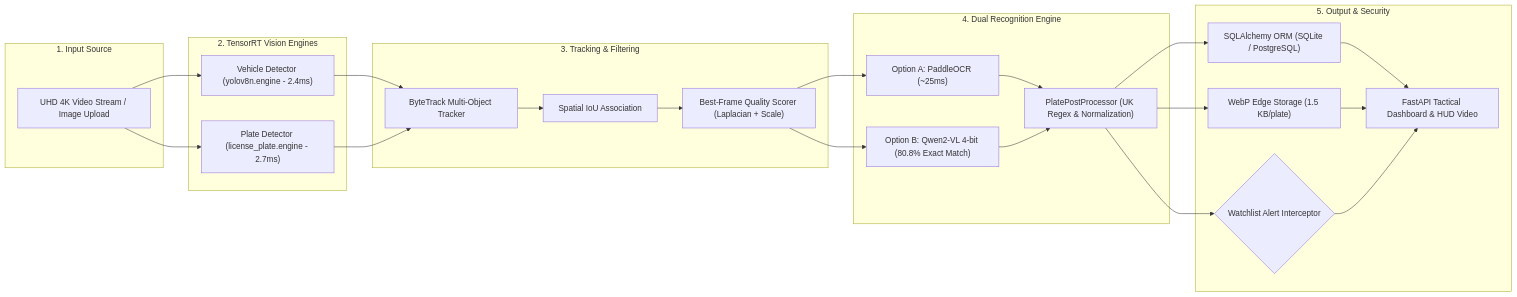
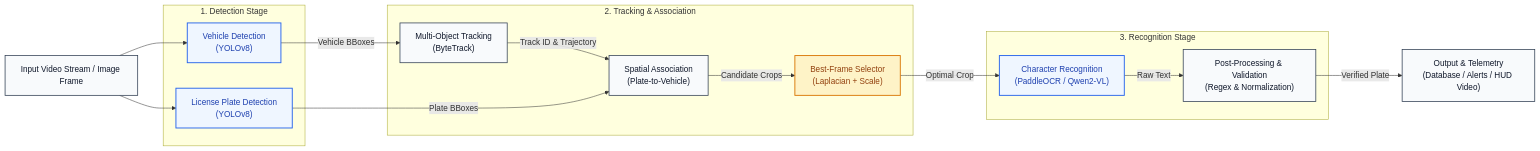
The diagram in README.md (BaoNguyenz/Automatic-number-plate-recognition), drawn with Mermaid before and after one commit. The commit also changed other lines of this file, not shown here.

Commit message:
docs: finalize technical pipeline architecture flow and stage breakdown

````diff
--- a/README.md
+++ b/README.md
@@ -40,35 +62,38 @@
 ```mermaid
 flowchart LR
-    subgraph IN ["1. Input Source"]
-        A["UHD 4K Video Stream / Image Upload"]
+    %% Academic Pipeline Architecture - Clean & High Contrast
+    classDef default fill:#f8fafc,stroke:#334155,stroke-width:1.5px,color:#0f172a;
+    classDef core fill:#eff6ff,stroke:#2563eb,stroke-width:1.8px,color:#1e40af;
+    classDef opt fill:#fef3c7,stroke:#d97706,stroke-width:1.8px,color:#92400e;
+
+    IN["Input Video Stream / Image Frame"]:::default
+
+    subgraph DET ["1. Detection Stage"]
+        VD["Vehicle Detection\n(YOLOv8)"]:::core
+        LD["License Plate Detection\n(YOLOv8)"]:::core
     end
 
-    subgraph DET ["2. TensorRT Vision Engines"]
-        B["Vehicle Detector (yolov8n.engine - 2.4ms)"]
-        C["Plate Detector (license_plate.engine - 2.7ms)"]
+    subgraph TRK ["2. Tracking & Association"]
+        TRACK["Multi-Object Tracking\n(ByteTrack)"]:::default
+        MATCH["Spatial Association\n(Plate-to-Vehicle)"]:::default
+        BEST["Best-Frame Selector\n(Laplacian + Scale)"]:::opt
     end
 
-    subgraph TRK ["3. Tracking & Filtering"]
-        D["ByteTrack Multi-Object Tracker"]
-        E["Spatial IoU Association"]
-        F["Best-Frame Quality Scorer (Laplacian + Scale)"]
+    subgraph REC ["3. Recognition Stage"]
+        OCR["Character Recognition\n(PaddleOCR / Qwen2-VL)"]:::core
+        POST["Post-Processing & Validation\n(Regex & Normalization)"]:::default
     end
 
-    subgraph OCR ["4. Dual Recognition Engine"]
-        G1["Option A: PaddleOCR (~25ms)"]
-        G2["Option B: Qwen2-VL 4-bit (80.8% Exact Match)"]
-        H["PlatePostProcessor (UK Regex & Normalization)"]
-    end
+    OUT["Output & Telemetry\n(Database / Alerts / HUD Video)"]:::default
 
-    subgraph OUT ["5. Output & Security"]
-        I["SQLAlchemy ORM (SQLite / PostgreSQL)"]
-        J["WebP Edge Storage (1.5 KB/plate)"]
-        K{"Watchlist Alert Interceptor"}
-        L["FastAPI Tactical Dashboard & HUD Video"]
-    end
-
-    A --> B & C
-    B & C --> D --> E --> F
-    F --> G1 & G2 --> H
-    H --> I & J & K --> L
+    %% Dataflow Connections
+    IN --> VD
+    IN --> LD
+    VD -->|Vehicle BBoxes| TRACK
+    TRACK -->|Track ID & Trajectory| MATCH
+    LD -->|Plate BBoxes| MATCH
+    MATCH -->|Candidate Crops| BEST
+    BEST -->|Optimal Crop| OCR
+    OCR -->|Raw Text| POST
+    POST -->|Verified Plate| OUT
 ```
````
